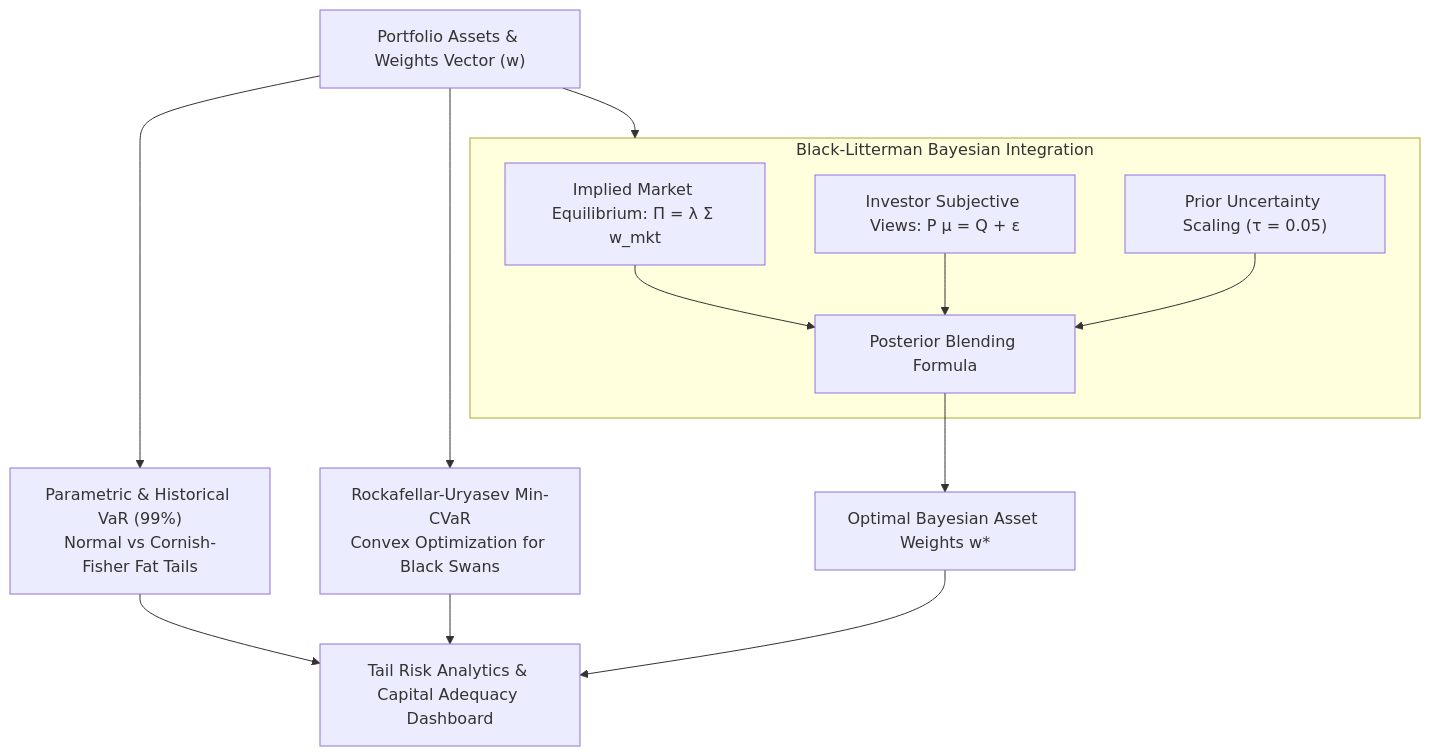
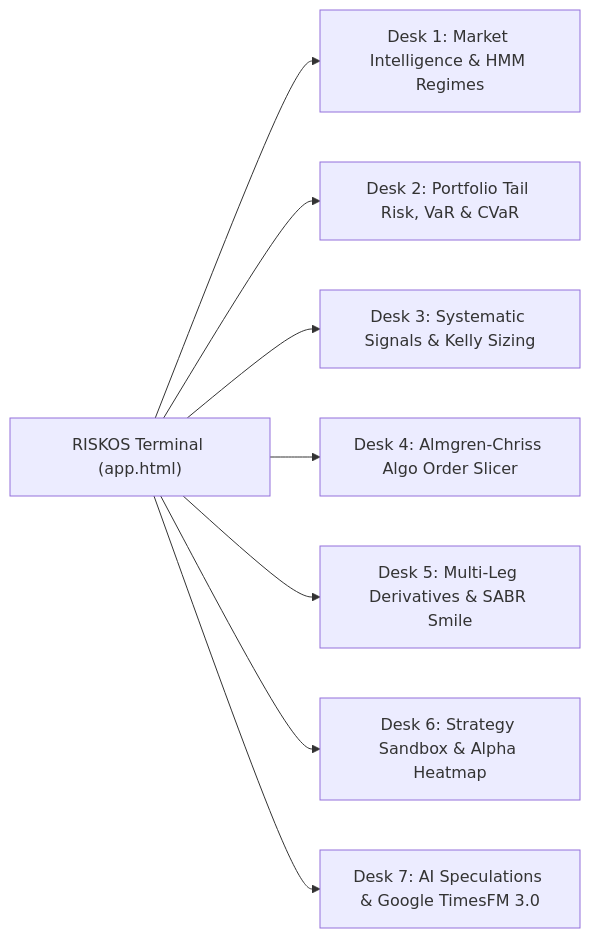
One commit to Premchandyadav369/RISKOS changed the second of 3 diagrams in README.md. Above: the diagram before and after it, drawn with Mermaid. The commit also changed other lines of this file and 6 other files, not shown here.

Commit message:
docs: add dedicated dual-perspective architecture page (docs.html) and overhaul README.md with comprehensive workflows

````diff
--- a/README.md
+++ b/README.md
@@ -168,19 +96,11 @@
 ```mermaid
-flowchart TD
-    PORT["Portfolio Assets & Weights Vector (w)"] --> VAR["Parametric & Historical VaR (99%)
-Normal vs Cornish-Fisher Fat Tails"]
-    PORT --> CVAR["Rockafellar-Uryasev Min-CVaR
-Convex Optimization for Black Swans"]
-    
-    subgraph BL_SECTION["Black-Litterman Bayesian Integration"]
-        EQ["Implied Market Equilibrium: Π = λ Σ w_mkt"]
-        VIEWS["Investor Subjective Views: P μ = Q + ε"]
-        TAU["Prior Uncertainty Scaling (τ = 0.05)"]
-        BL_MATH["Posterior Blending Formula"]
-        EQ & VIEWS & TAU --> BL_MATH
-    end
-    
-    PORT --> BL_SECTION
-    BL_MATH --> OPT_WEIGHTS["Optimal Bayesian Asset Weights w*"]
-    VAR & CVAR & OPT_WEIGHTS --> RISK_UI["Tail Risk Analytics & Capital Adequacy Dashboard"]
+graph LR
+    Terminal["RISKOS Terminal (app.html)"]
+    Terminal --> D1["Desk 1: Market Intelligence & HMM Regimes"]
+    Terminal --> D2["Desk 2: Portfolio Tail Risk, VaR & CVaR"]
+    Terminal --> D3["Desk 3: Systematic Signals & Kelly Sizing"]
+    Terminal --> D4["Desk 4: Almgren-Chriss Algo Order Slicer"]
+    Terminal --> D5["Desk 5: Multi-Leg Derivatives & SABR Smile"]
+    Terminal --> D6["Desk 6: Strategy Sandbox & Alpha Heatmap"]
+    Terminal --> D7["Desk 7: AI Speculations & Google TimesFM 3.0"]
 ```
````
